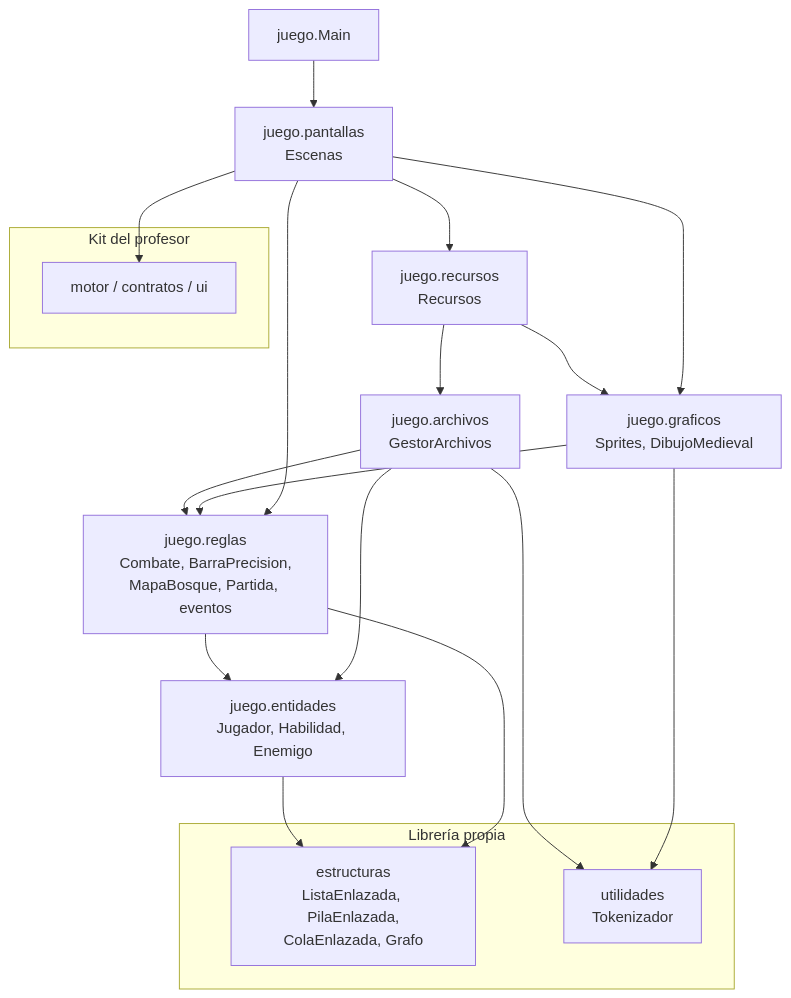
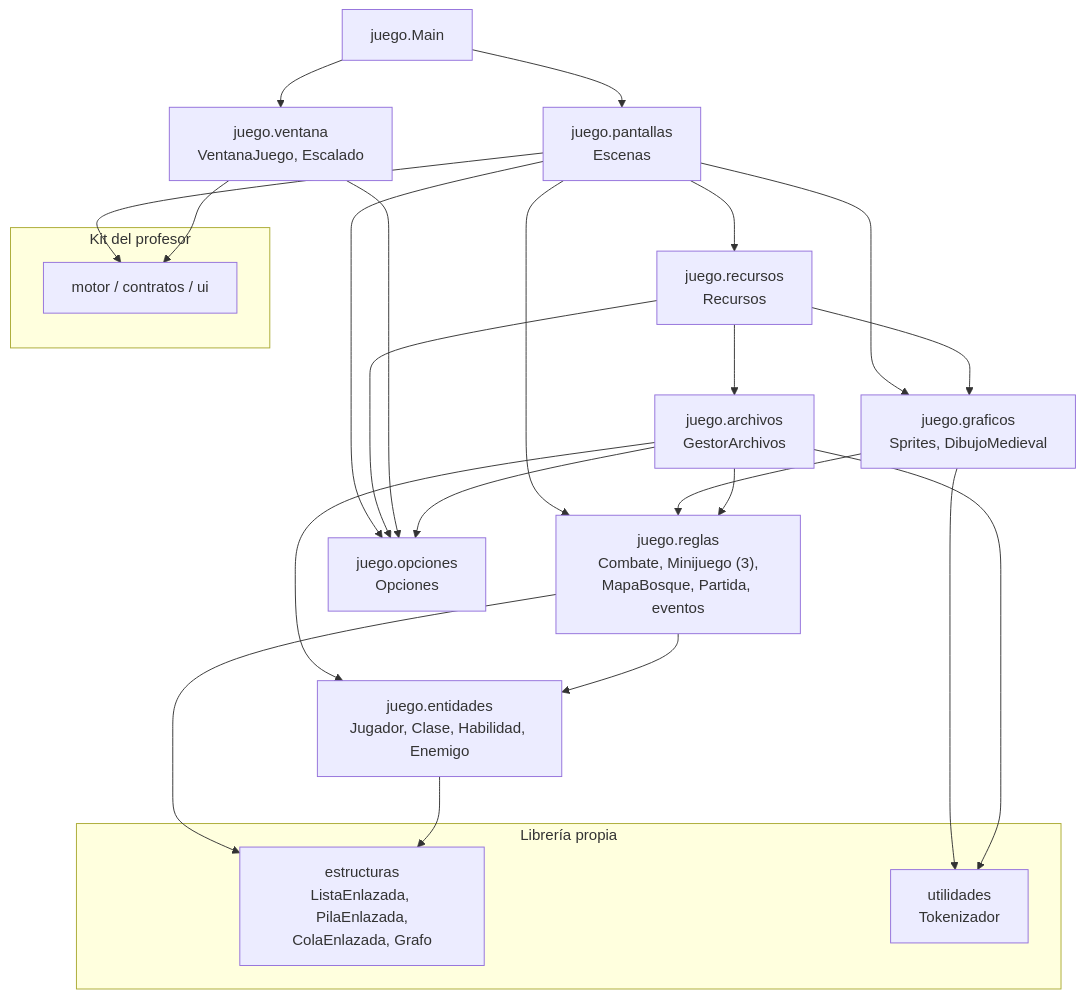
One commit to WillDM22/elsenderooscuro changed the first of 2 diagrams in docs/03-diseno-y-diagrama-de-clases.md. Above: the diagram before and after it, drawn with Mermaid. The commit also changed other lines of this file and 48 other files, not shown here.

````diff
--- a/docs/03-diseno-y-diagrama-de-clases.md
+++ b/docs/03-diseno-y-diagrama-de-clases.md
@@ -11,33 +11,41 @@
 ```mermaid
 flowchart TD
     subgraph kit["Kit del profesor"]
         motor["motor / contratos / ui"]
     end
     subgraph lib["Librería propia"]
         estructuras["estructuras<br/>ListaEnlazada, PilaEnlazada,<br/>ColaEnlazada, Grafo"]
         utilidades["utilidades<br/>Tokenizador"]
     end
-    entidades["juego.entidades<br/>Jugador, Habilidad, Enemigo"]
-    reglas["juego.reglas<br/>Combate, BarraPrecision,<br/>MapaBosque, Partida, eventos"]
+    entidades["juego.entidades<br/>Jugador, Clase, Habilidad, Enemigo"]
+    reglas["juego.reglas<br/>Combate, Minijuego (3),<br/>MapaBosque, Partida, eventos"]
+    opciones["juego.opciones<br/>Opciones"]
+    ventana["juego.ventana<br/>VentanaJuego, Escalado"]
     archivos["juego.archivos<br/>GestorArchivos"]
     graficos["juego.graficos<br/>Sprites, DibujoMedieval"]
     recursos["juego.recursos<br/>Recursos"]
     pantallas["juego.pantallas<br/>Escenas"]
     main["juego.Main"]
 
     entidades --> estructuras
     reglas --> entidades
     reglas --> estructuras
     archivos --> reglas
     archivos --> entidades
     archivos --> utilidades
+    archivos --> opciones
+    ventana --> opciones
+    ventana --> motor
+    recursos --> opciones
+    pantallas --> opciones
     graficos --> reglas
     graficos --> utilidades
     recursos --> archivos
     recursos --> graficos
     pantallas --> recursos
     pantallas --> reglas
     pantallas --> graficos
     pantallas --> motor
     main --> pantallas
+    main --> ventana
 ```
````
